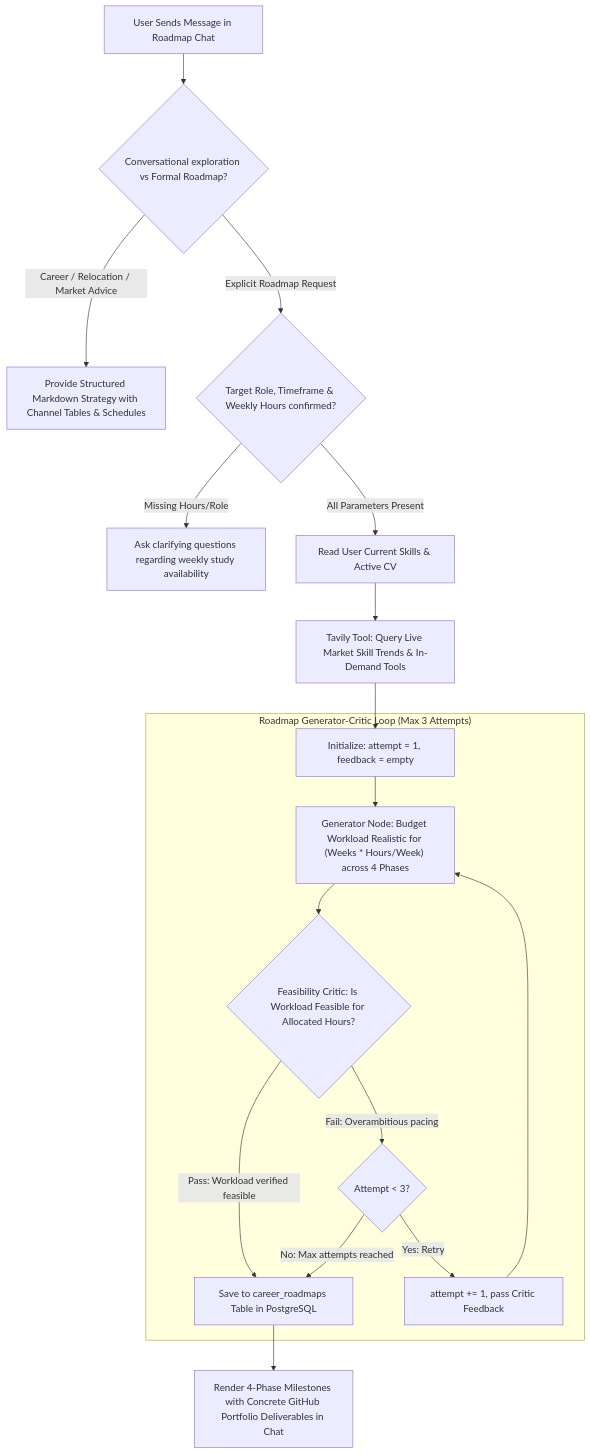
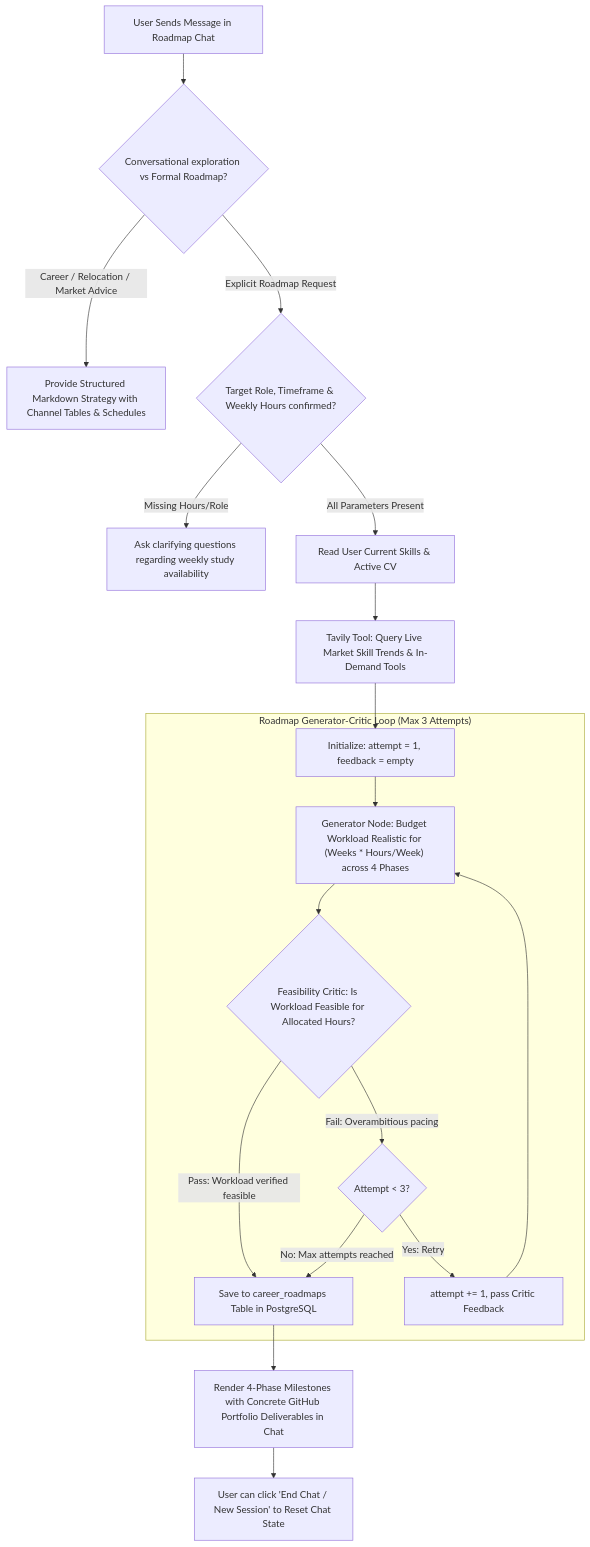
Before and after one commit to Mostafa710/career-copilot: the eighth of 8 diagrams in docs/architecture_flowcharts.md, drawn with Mermaid. The commit also changed other lines of this file and 4 other files, not shown here.

Commit message:
docs: update README, architecture flowcharts, schema, and implementation plan to reflect multi-key Groq, JSearch v2, and latest features

````diff
--- a/docs/architecture_flowcharts.md
+++ b/docs/architecture_flowcharts.md
@@ -231,26 +234,27 @@
 ```mermaid
 flowchart TD
     UserReq["User Sends Message in Roadmap Chat"] --> CheckIntent{"Conversational exploration vs Formal Roadmap?"}
     
     CheckIntent -->|Career / Relocation / Market Advice| CoachMode["Provide Structured Markdown Strategy with Channel Tables & Schedules"]
     CheckIntent -->|Explicit Roadmap Request| CheckInputs{"Target Role, Timeframe & Weekly Hours confirmed?"}
     
     CheckInputs -->|Missing Hours/Role| PromptUser["Ask clarifying questions regarding weekly study availability"]
     CheckInputs -->|All Parameters Present| LoadProfile["Read User Current Skills & Active CV"]
     
     LoadProfile --> SearchTrends["Tavily Tool: Query Live Market Skill Trends & In-Demand Tools"]
     SearchTrends --> InitRoadmapAttempt["Initialize: attempt = 1, feedback = empty"]
     
     subgraph FeasibilityCriticLoop ["Roadmap Generator-Critic Loop (Max 3 Attempts)"]
         InitRoadmapAttempt --> GenRoadmap["Generator Node: Budget Workload Realistic for (Weeks * Hours/Week) across 4 Phases"]
         GenRoadmap --> FeasibilityCritic{"Feasibility Critic: Is Workload Feasible for Allocated Hours?"}
         
         FeasibilityCritic -->|Pass: Workload verified feasible| SaveRoadmap["Save to career_roadmaps Table in PostgreSQL"]
         FeasibilityCritic -->|Fail: Overambitious pacing| CheckRoadmapAttempts{"Attempt < 3?"}
         
         CheckRoadmapAttempts -->|Yes: Retry| IncrementRoadmap["attempt += 1, pass Critic Feedback"] --> GenRoadmap
         CheckRoadmapAttempts -->|No: Max attempts reached| SaveRoadmap
     end
     
     SaveRoadmap --> RenderRoadmap["Render 4-Phase Milestones with Concrete GitHub Portfolio Deliverables in Chat"]
+    RenderRoadmap --> ResetCTA["User can click 'End Chat / New Session' to Reset Chat State"]
 ```
````
